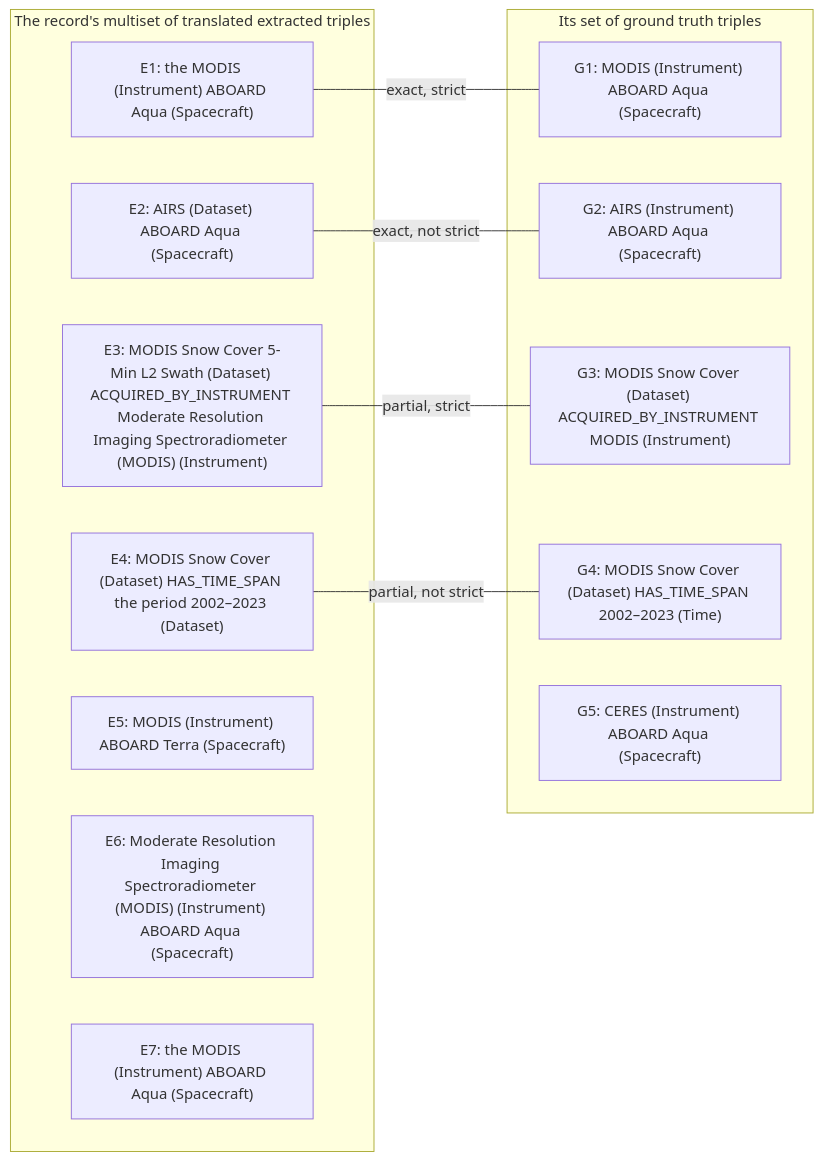
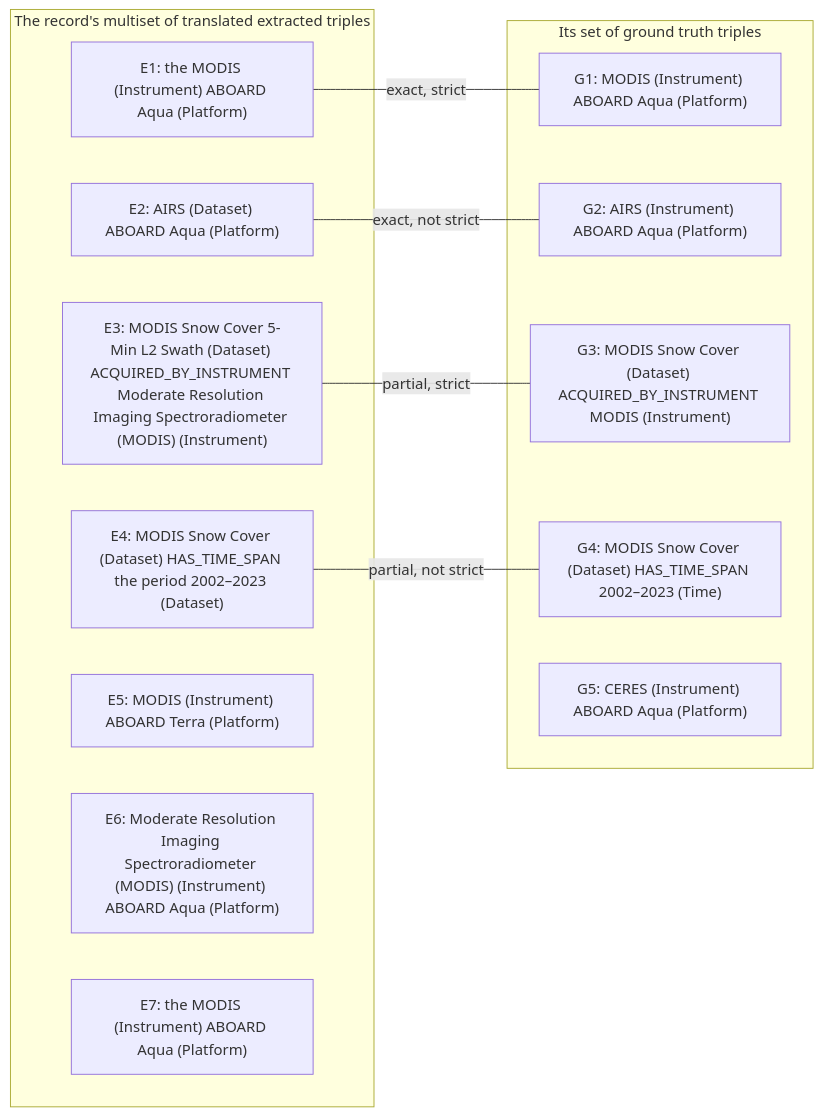
One commit to iulia-iordanescu/datanasagov_KG_proj changed the second of 2 diagrams in 070_evaluate/metrics/pairs.md. Above: the diagram before and after it, drawn with Mermaid. The commit also changed other lines of this file and 15 other files, not shown here.

````diff
--- a/070_evaluate/metrics/pairs.md
+++ b/070_evaluate/metrics/pairs.md
@@ -141,23 +141,23 @@
 ```mermaid
 flowchart LR
   subgraph O["The record's multiset of translated extracted triples"]
-    E1["E1: the MODIS (Instrument) ABOARD Aqua (Spacecraft)"]
-    E2["E2: AIRS (Dataset) ABOARD Aqua (Spacecraft)"]
+    E1["E1: the MODIS (Instrument) ABOARD Aqua (Platform)"]
+    E2["E2: AIRS (Dataset) ABOARD Aqua (Platform)"]
     E3["E3: MODIS Snow Cover 5-Min L2 Swath (Dataset) ACQUIRED_BY_INSTRUMENT Moderate Resolution Imaging Spectroradiometer (MODIS) (Instrument)"]
     E4["E4: MODIS Snow Cover (Dataset) HAS_TIME_SPAN the period 2002–2023 (Dataset)"]
-    E5["E5: MODIS (Instrument) ABOARD Terra (Spacecraft)"]
-    E6["E6: Moderate Resolution Imaging Spectroradiometer (MODIS) (Instrument) ABOARD Aqua (Spacecraft)"]
-    E7["E7: the MODIS (Instrument) ABOARD Aqua (Spacecraft)"]
+    E5["E5: MODIS (Instrument) ABOARD Terra (Platform)"]
+    E6["E6: Moderate Resolution Imaging Spectroradiometer (MODIS) (Instrument) ABOARD Aqua (Platform)"]
+    E7["E7: the MODIS (Instrument) ABOARD Aqua (Platform)"]
   end
   subgraph GT["Its set of ground truth triples"]
-    G1["G1: MODIS (Instrument) ABOARD Aqua (Spacecraft)"]
-    G2["G2: AIRS (Instrument) ABOARD Aqua (Spacecraft)"]
+    G1["G1: MODIS (Instrument) ABOARD Aqua (Platform)"]
+    G2["G2: AIRS (Instrument) ABOARD Aqua (Platform)"]
     G3["G3: MODIS Snow Cover (Dataset) ACQUIRED_BY_INSTRUMENT MODIS (Instrument)"]
     G4["G4: MODIS Snow Cover (Dataset) HAS_TIME_SPAN 2002–2023 (Time)"]
-    G5["G5: CERES (Instrument) ABOARD Aqua (Spacecraft)"]
+    G5["G5: CERES (Instrument) ABOARD Aqua (Platform)"]
   end
   E1 ---|exact, strict| G1
   E2 ---|exact, not strict| G2
   E3 ---|partial, strict| G3
   E4 ---|partial, not strict| G4
 ```
````
